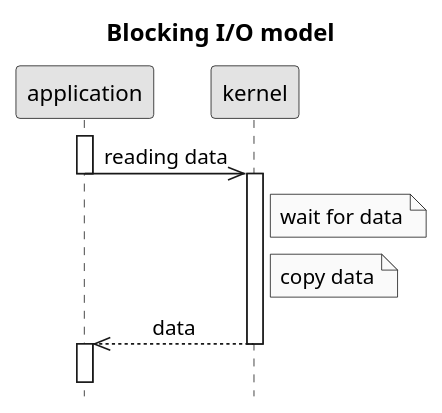
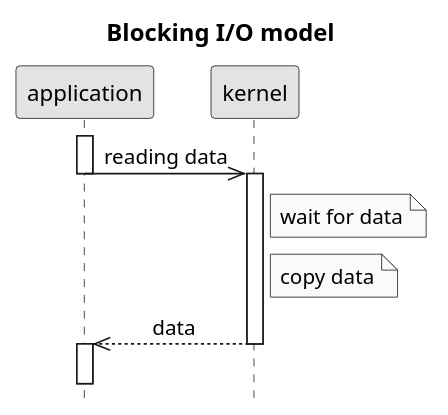
Before and after one commit to c0p4c4b4n4/demo-sockets-io-nio-nio2: the diagram in .images/blocking IO model.puml, drawn with PlantUML. The commit also changed 6 other files, not shown here.

```diff
--- a/.images/blocking IO model.puml
+++ b/.images/blocking IO model.puml
@@ -1,18 +1,19 @@
 @startuml
 title Blocking I/O model
 hide footbox
 skinparam monochrome true
 skinparam defaultFontName Microsoft Sans Serif
 skinparam titleFontSize 15
 skinparam sequenceMessageAlign center
 activate application
 application->>kernel: reading data
 deactivate application
 activate kernel
 Note right of kernel: wait for data
 Note right of kernel: copy data
 kernel-->>application: data
 deactivate kernel
 activate application
-||15||
+||2||
+kernel -[#white]->]
 @enduml
```
